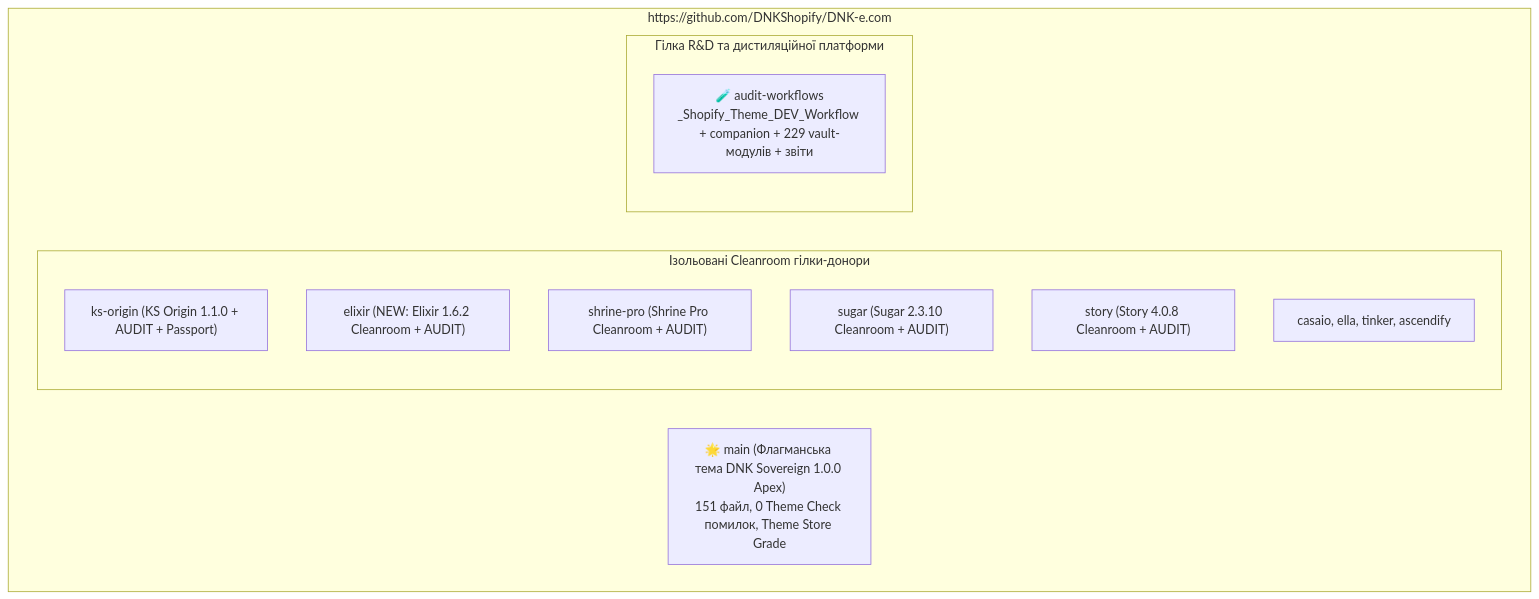
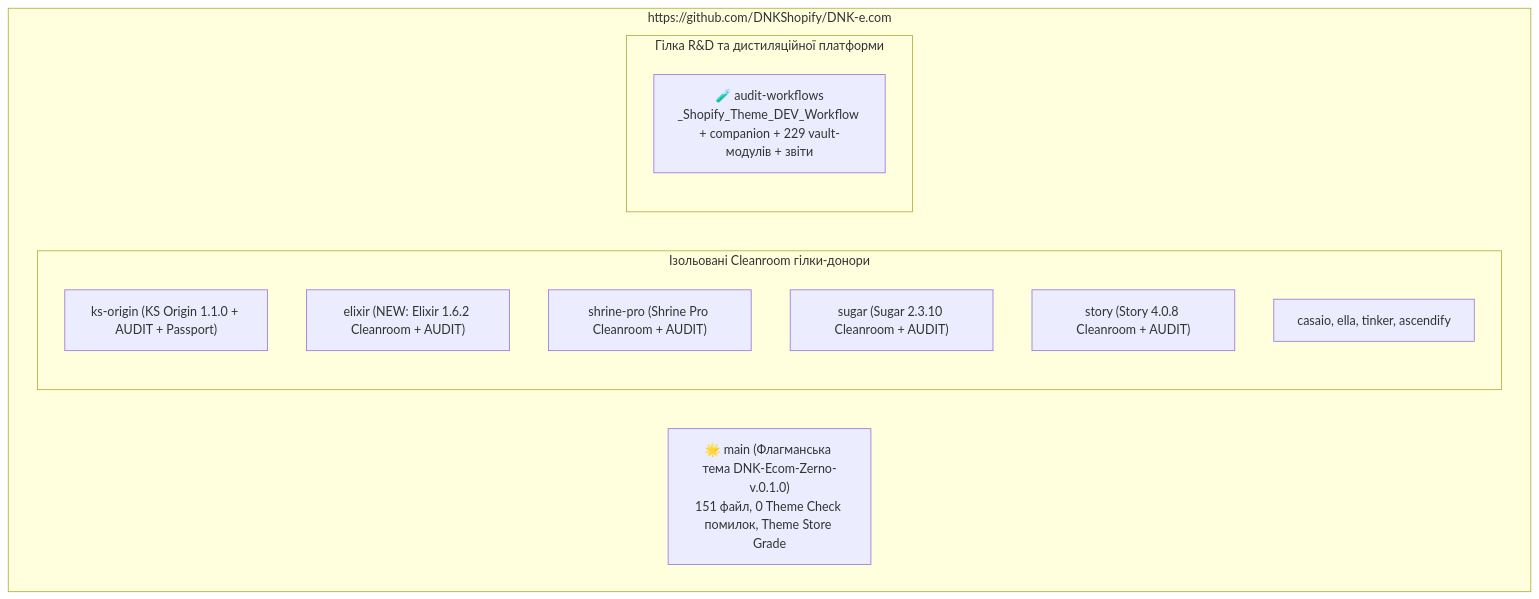
One commit to dnk-ecom/DNK-OS changed the diagram in docs/projects/dnk_ecom/theme_dev_workflow/11_GERYCH_GEMINI_4_CARBON_SYNCHRONIZATION_AND_GIT_SSOT_PROTOCOL.md. Above: the diagram before and after it, drawn with Mermaid. The commit also changed other lines of this file and 1533 other files, not shown here.

````diff
--- a/docs/projects/dnk_ecom/theme_dev_workflow/11_GERYCH_GEMINI_4_CARBON_SYNCHRONIZATION_AND_GIT_SSOT_PROTOCOL.md
+++ b/docs/projects/dnk_ecom/theme_dev_workflow/11_GERYCH_GEMINI_4_CARBON_SYNCHRONIZATION_AND_GIT_SSOT_PROTOCOL.md
@@ -75,19 +76,19 @@
 ```mermaid
 flowchart TD
     subgraph RemoteRepo ["https://github.com/DNKShopify/DNK-e.com"]
-        Main["🌟 main (Флагманська тема DNK Sovereign 1.0.0 Apex)<br>151 файл, 0 Theme Check помилок, Theme Store Grade"]
+        Main["🌟 main (Флагманська тема DNK-Ecom-Zerno-v.0.1.0)<br>151 файл, 0 Theme Check помилок, Theme Store Grade"]
         
         subgraph Donors ["Ізольовані Cleanroom гілки-донори"]
             D1["ks-origin (KS Origin 1.1.0 + AUDIT + Passport)"]
             D2["elixir (NEW: Elixir 1.6.2 Cleanroom + AUDIT)"]
             D3["shrine-pro (Shrine Pro Cleanroom + AUDIT)"]
             D4["sugar (Sugar 2.3.10 Cleanroom + AUDIT)"]
             D5["story (Story 4.0.8 Cleanroom + AUDIT)"]
             D6["casaio, ella, tinker, ascendify"]
         end
 
         subgraph RND ["Гілка R&D та дистиляційної платформи"]
             WF["🧪 audit-workflows<br>_Shopify_Theme_DEV_Workflow + companion + 229 vault-модулів + звіти"]
         end
     end
 ```
````
